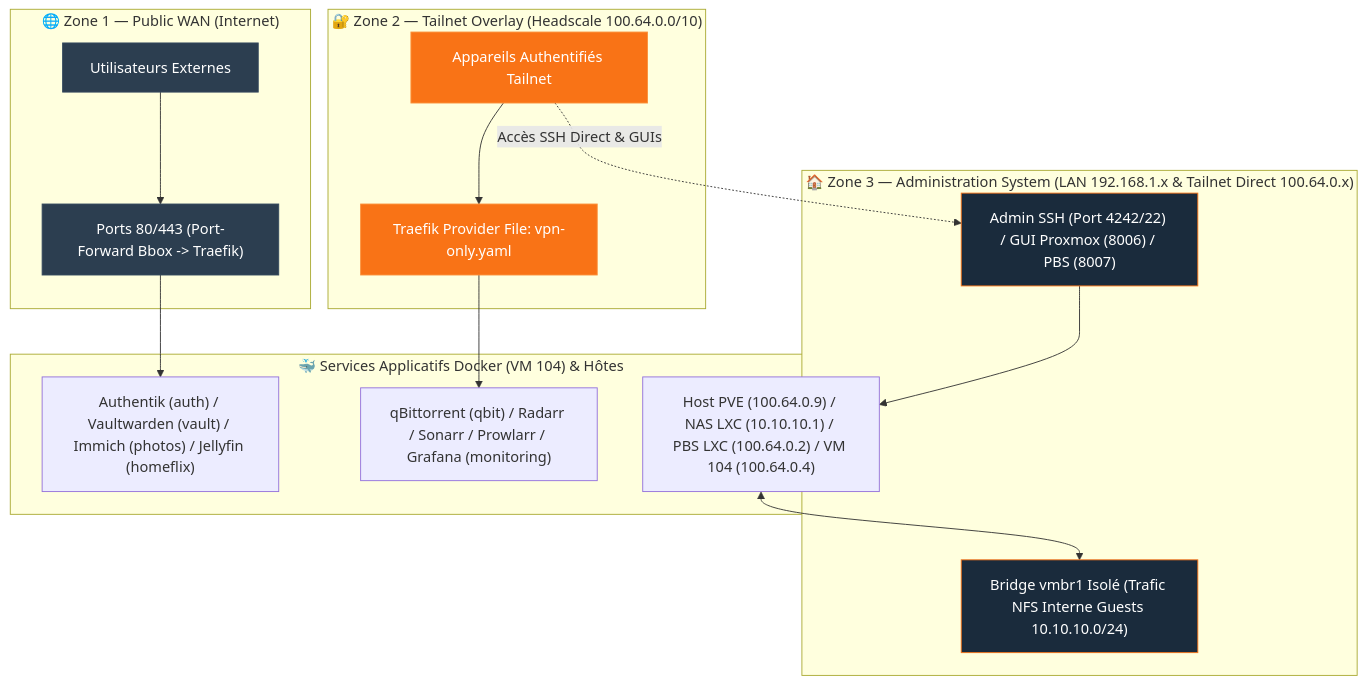
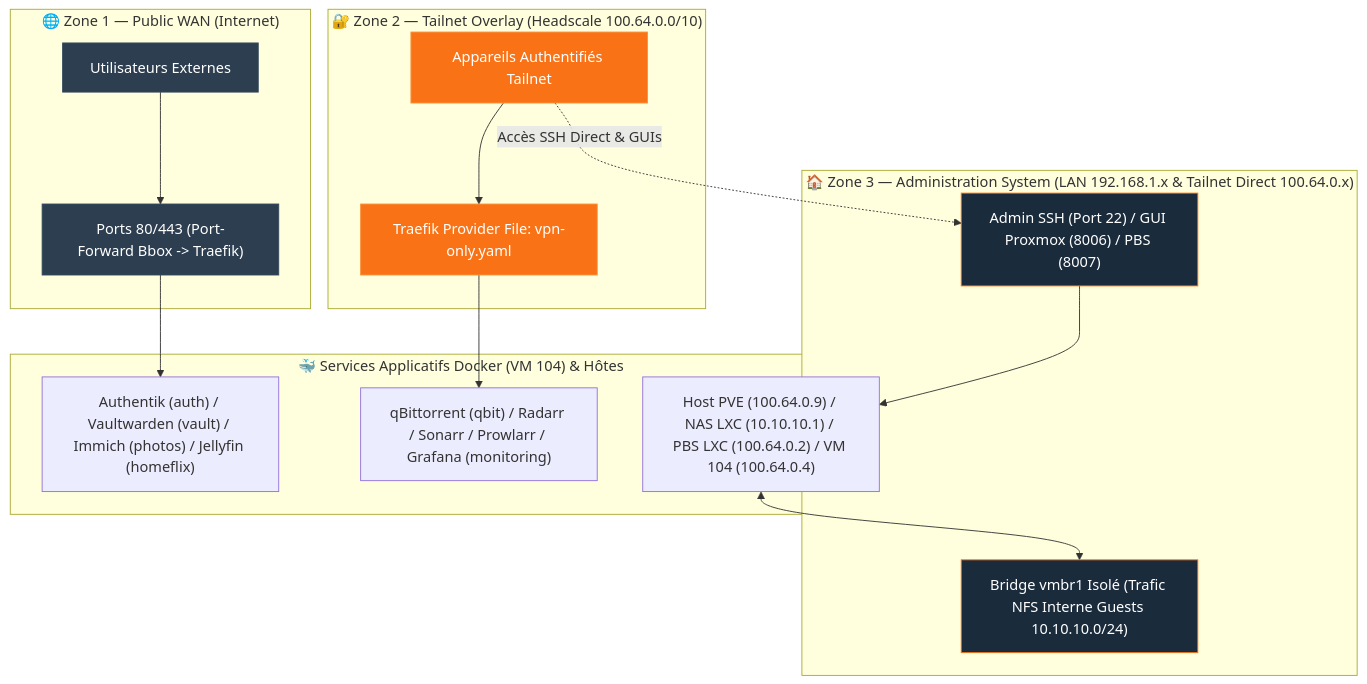
The first of 4 diagrams in reseau/matrice-securite-exposition.md (ims-world/docs), drawn with Mermaid before and after one commit. The commit also changed other lines of this file and 14 other files, not shown here.

````diff
--- a/reseau/matrice-securite-exposition.md
+++ b/reseau/matrice-securite-exposition.md
@@ -27,41 +27,41 @@
 ```mermaid
 graph TB
     subgraph ZONE_WAN ["🌐 Zone 1 — Public WAN (Internet)"]
         PUBLIC_USERS["Utilisateurs Externes"]
         HTTPS_443["Ports 80/443 (Port-Forward Bbox -> Traefik)"]
     end
 
     subgraph ZONE_TAILNET ["🔐 Zone 2 — Tailnet Overlay (Headscale 100.64.0.0/10)"]
         VPN_USERS["Appareils Authentifiés Tailnet"]
         MIDDLEWARE_VPN["Traefik Provider File: vpn-only.yaml"]
     end
 
     subgraph ZONE_LAN ["🏠 Zone 3 — Administration System (LAN 192.168.1.x & Tailnet Direct 100.64.0.x)"]
-        ADMIN_LAN["Admin SSH (Port 4242/22) / GUI Proxmox (8006) / PBS (8007)"]
+        ADMIN_LAN["Admin SSH (Port 22) / GUI Proxmox (8006) / PBS (8007)"]
         NFS_ISO["Bridge vmbr1 Isolé (Trafic NFS Interne Guests 10.10.10.0/24)"]
     end
 
     subgraph SERVICES ["🐳 Services Applicatifs Docker (VM 104) & Hôtes"]
         PUB_APPS["Authentik (auth) / Vaultwarden (vault) / Immich (photos) / Jellyfin (homeflix)"]
         PRIV_APPS["qBittorrent (qbit) / Radarr / Sonarr / Prowlarr / Grafana (monitoring)"]
         ADMIN_NODES["Host PVE (100.64.0.9) / NAS LXC (10.10.10.1) / PBS LXC (100.64.0.2) / VM 104 (100.64.0.4)"]
     end
 
     PUBLIC_USERS --> HTTPS_443
     HTTPS_443 --> PUB_APPS
 
     VPN_USERS --> MIDDLEWARE_VPN
     VPN_USERS -.->|Accès SSH Direct & GUIs| ADMIN_LAN
     MIDDLEWARE_VPN --> PRIV_APPS
 
     ADMIN_LAN --> ADMIN_NODES
     ADMIN_NODES <--> NFS_ISO
 
     classDef wan fill:#2c3e50,stroke:#34495e,color:#fff;
     classDef vpn fill:#F97316,stroke:#FB923C,color:#fff;
     classDef lan fill:#1a2b3c,stroke:#F97316,color:#fff;
     class PUBLIC_USERS,HTTPS_443 wan;
     class VPN_USERS,MIDDLEWARE_VPN vpn;
     class ADMIN_LAN,NFS_ISO lan;
     class PUB_APPS,PRIV_APPS,ADMIN_NODES services;
 ```
````
